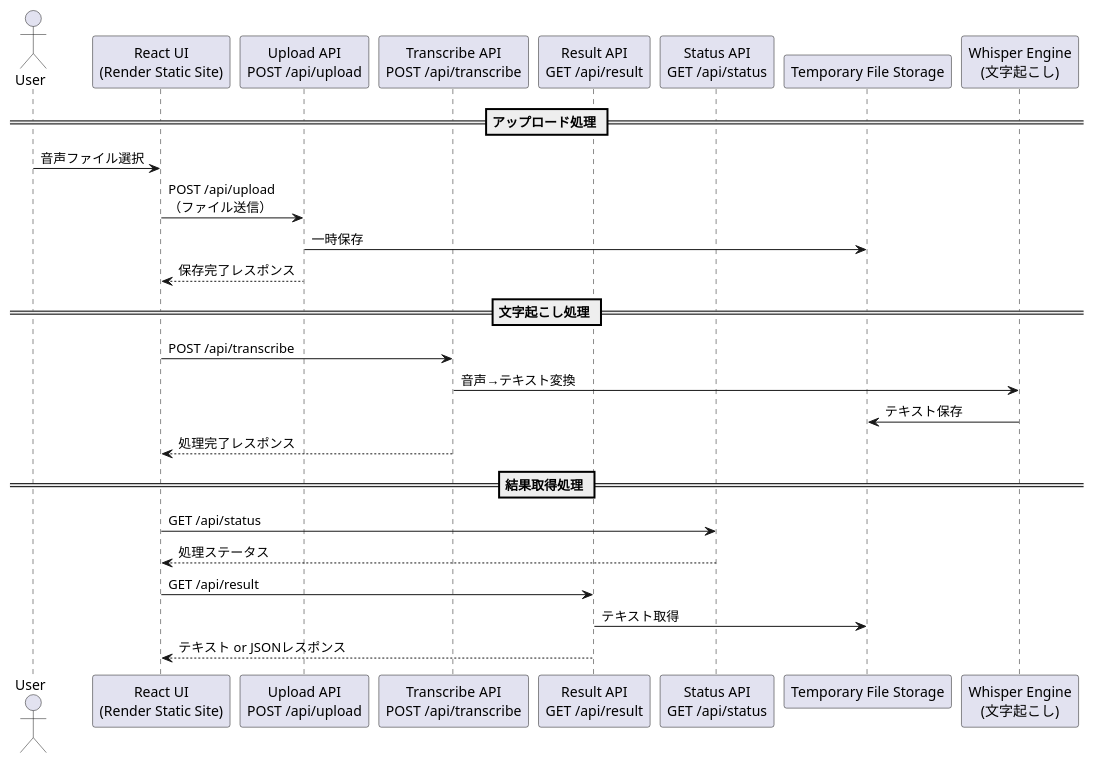
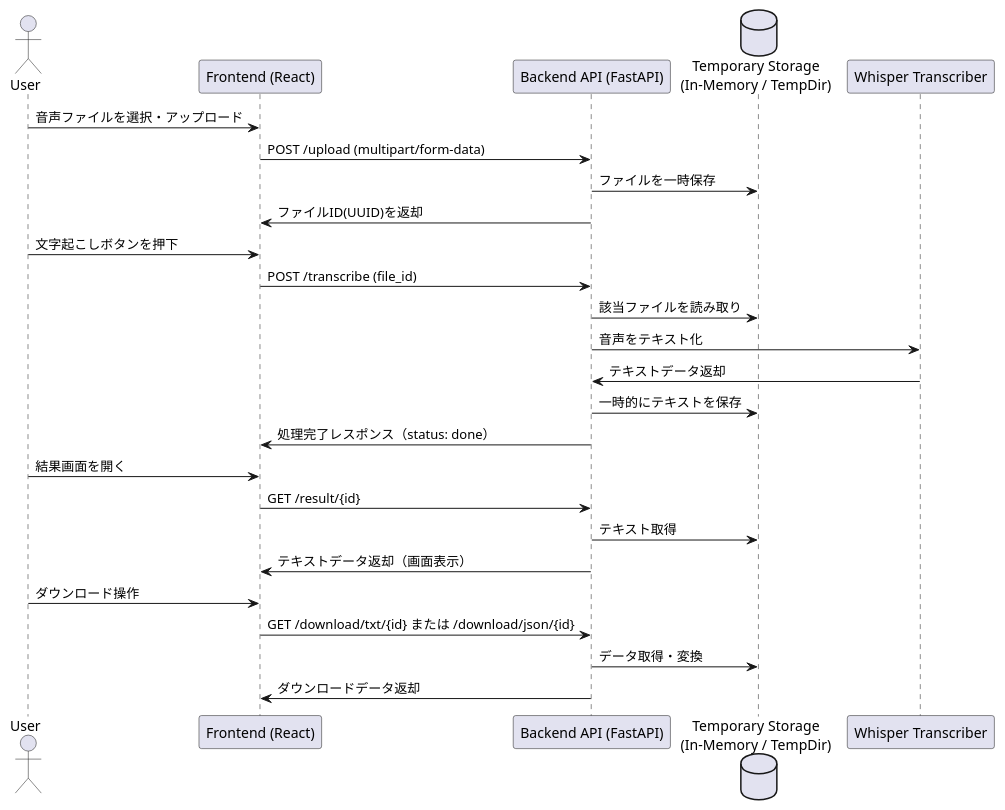
Before and after one commit to yg5555/whisper_transcribe: the diagram in docs/architecture_step2_sequence.puml, drawn with PlantUML.

Commit message:
シーケンス図更新

```diff
--- a/docs/architecture_step2_sequence.puml
+++ b/docs/architecture_step2_sequence.puml
@@ -1,31 +1,31 @@
 @startuml
 actor User
-participant "React UI\n(Render Static Site)" as React
-participant "Upload API\nPOST /api/upload" as UploadAPI
-participant "Transcribe API\nPOST /api/transcribe" as TranscribeAPI
-participant "Result API\nGET /api/result" as ResultAPI
-participant "Status API\nGET /api/status" as StatusAPI
-participant "Temporary File Storage" as Storage
-participant "Whisper Engine\n(文字起こし)" as Whisper
+participant "Frontend (React)" as FE
+participant "Backend API (FastAPI)" as BE
+database "Temporary Storage\n(In-Memory / TempDir)" as TMP
+participant "Whisper Transcriber" as Whisper
 
-== アップロード処理 ==
-User -> React : 音声ファイル選択
-React -> UploadAPI : POST /api/upload\n（ファイル送信）
-UploadAPI -> Storage : 一時保存
-UploadAPI --> React : 保存完了レスポンス
+User -> FE : 音声ファイルを選択・アップロード
+FE -> BE : POST /upload (multipart/form-data)
+BE -> TMP : ファイルを一時保存
+BE -> FE : ファイルID(UUID)を返却
 
-== 文字起こし処理 ==
-React -> TranscribeAPI : POST /api/transcribe
-TranscribeAPI -> Whisper : 音声→テキスト変換
-Whisper -> Storage : テキスト保存
-TranscribeAPI --> React : 処理完了レスポンス
+User -> FE : 文字起こしボタンを押下
+FE -> BE : POST /transcribe (file_id)
+BE -> TMP : 該当ファイルを読み取り
+BE -> Whisper : 音声をテキスト化
+Whisper -> BE : テキストデータ返却
+BE -> TMP : 一時的にテキストを保存
+BE -> FE : 処理完了レスポンス（status: done）
 
-== 結果取得処理 ==
-React -> StatusAPI : GET /api/status
-StatusAPI --> React : 処理ステータス
+User -> FE : 結果画面を開く
+FE -> BE : GET /result/{id}
+BE -> TMP : テキスト取得
+BE -> FE : テキストデータ返却（画面表示）
 
-React -> ResultAPI : GET /api/result
-ResultAPI -> Storage : テキスト取得
-ResultAPI --> React : テキスト or JSONレスポンス
+User -> FE : ダウンロード操作
+FE -> BE : GET /download/txt/{id} または /download/json/{id}
+BE -> TMP : データ取得・変換
+BE -> FE : ダウンロードデータ返却
 
 @enduml
```
